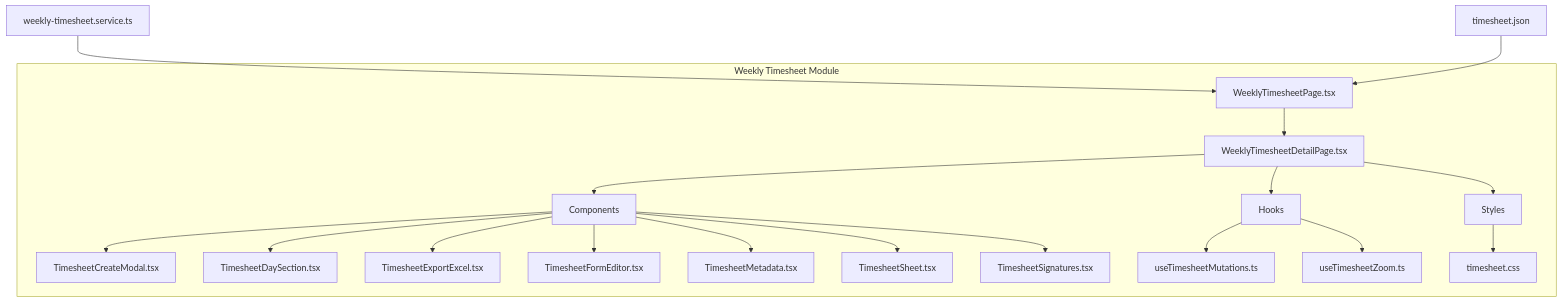
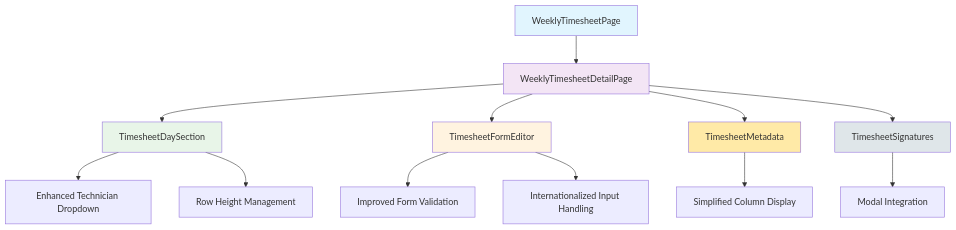
One commit to RobertRuas/windlog changed the diagram in .qoder/repowiki/en/content/Arquitetura Frontend/Timesheet Semanal - Interface Frontend.md. Above: the diagram before and after it, drawn with Mermaid. The commit also changed other lines of this file and 136 other files, not shown here.

````diff
--- a/.qoder/repowiki/en/content/Arquitetura Frontend/Timesheet Semanal - Interface Frontend.md
+++ b/.qoder/repowiki/en/content/Arquitetura Frontend/Timesheet Semanal - Interface Frontend.md
@@ -51,21 +39,20 @@
 ```mermaid
-graph TB
-subgraph "Weekly Timesheet Module"
-A[WeeklyTimesheetPage.tsx] --> B[WeeklyTimesheetDetailPage.tsx]
-B --> C[Components]
-C --> D[TimesheetCreateModal.tsx]
-C --> E[TimesheetDaySection.tsx]
-C --> F[TimesheetExportExcel.tsx]
-C --> G[TimesheetFormEditor.tsx]
-C --> H[TimesheetMetadata.tsx]
-C --> I[TimesheetSheet.tsx]
-C --> J[TimesheetSignatures.tsx]
-B --> K[Hooks]
-K --> L[useTimesheetMutations.ts]
-K --> M[useTimesheetZoom.ts]
-B --> N[Styles]
-N --> O[timesheet.css]
-end
-P[weekly-timesheet.service.ts] --> A
-Q[timesheet.json] --> A
+graph TD
+A[WeeklyTimesheetPage] --> B[WeeklyTimesheetDetailPage]
+B --> C[TimesheetDaySection]
+B --> D[TimesheetFormEditor]
+B --> E[TimesheetMetadata]
+B --> F[TimesheetSignatures]
+C --> G[Enhanced Technician Dropdown]
+D --> H[Improved Form Validation]
+C --> I[Row Height Management]
+D --> J[Internationalized Input Handling]
+E --> K[Simplified Column Display]
+F --> L[Modal Integration]
+style A fill:#e1f5fe
+style B fill:#f3e5f5
+style C fill:#e8f5e8
+style D fill:#fff3e0
+style E fill:#ffeaa7
+style F fill:#dfe6e9
 ```
````
